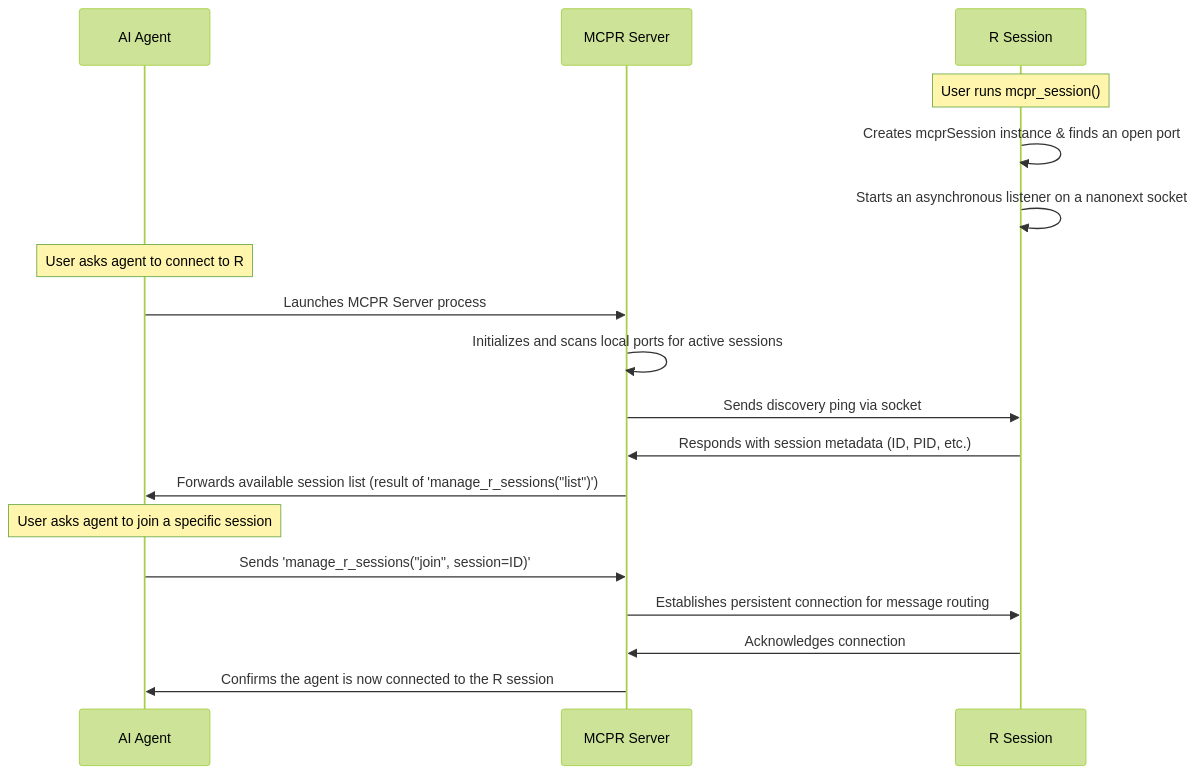
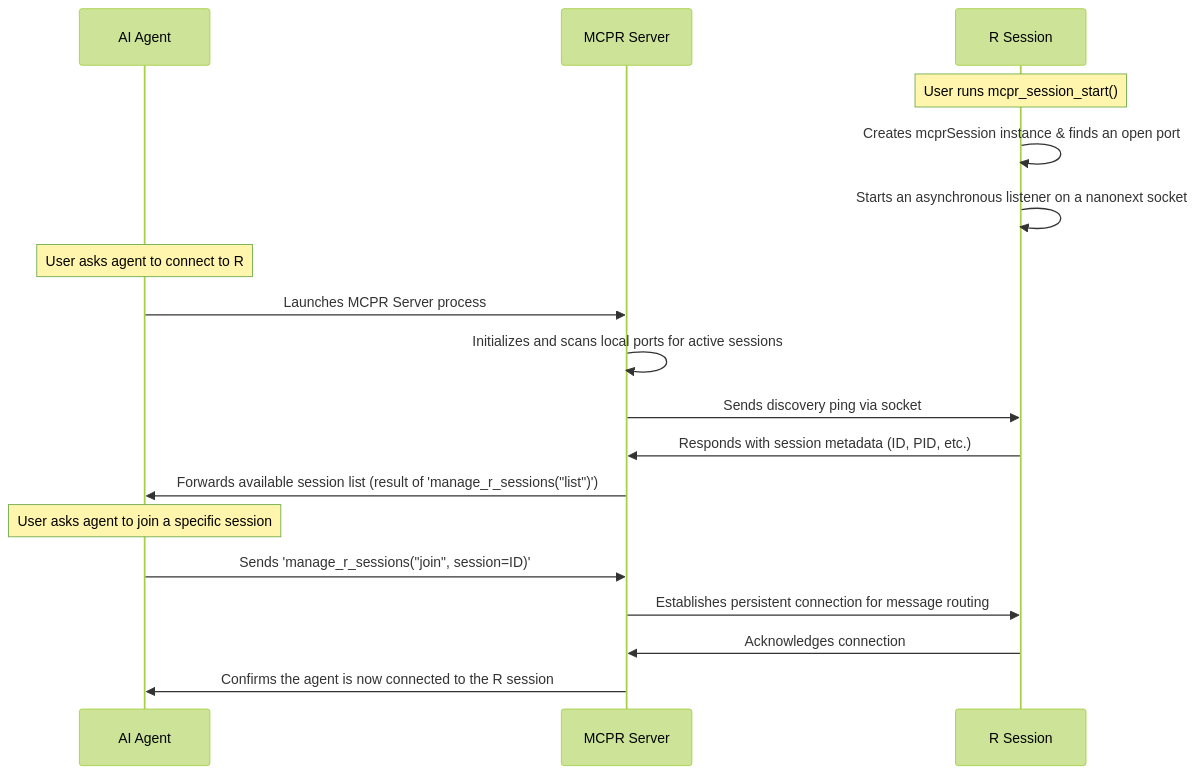
The first of 3 diagrams in vignettes/architecture.qmd (phisanti/MCPR), drawn with Mermaid (forest theme) before and after one commit. The commit also changed other lines of this file and 2 other files, not shown here.

Commit message:
update reference to mcpr_session -> mcpr_session_start

````diff
--- a/vignettes/architecture.qmd
+++ b/vignettes/architecture.qmd
@@ -31,23 +31,23 @@
 ```{mermaid}
 sequenceDiagram
     participant AI as AI Agent
     participant Server as MCPR Server
     participant Session as R Session
     
-    Note over Session: User runs mcpr_session()
+    Note over Session: User runs mcpr_session_start()
     Session->>Session: Creates mcprSession instance & finds an open port
     Session->>Session: Starts an asynchronous listener on a nanonext socket
     
     Note over AI: User asks agent to connect to R
     AI->>Server: Launches MCPR Server process
     Server->>Server: Initializes and scans local ports for active sessions
     Server->>Session: Sends discovery ping via socket
     Session->>Server: Responds with session metadata (ID, PID, etc.)
     Server->>AI: Forwards available session list (result of 'manage_r_sessions("list")')
     
     Note over AI: User asks agent to join a specific session
     AI->>Server: Sends 'manage_r_sessions("join", session=ID)'
     Server->>Session: Establishes persistent connection for message routing
     Session->>Server: Acknowledges connection
     Server->>AI: Confirms the agent is now connected to the R session
 ```
````
